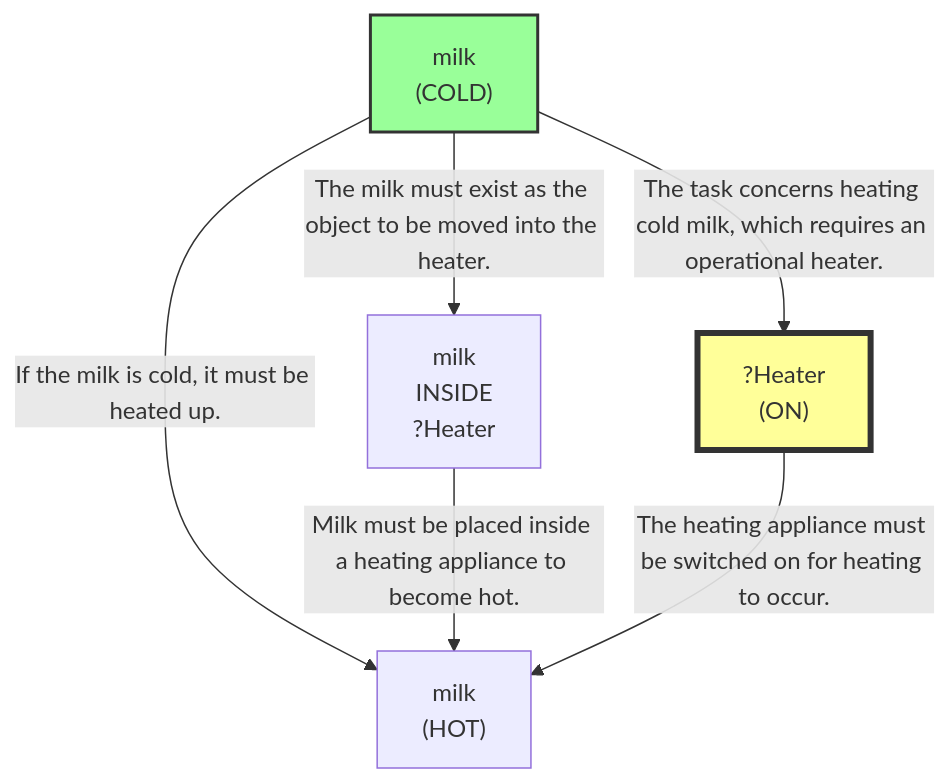
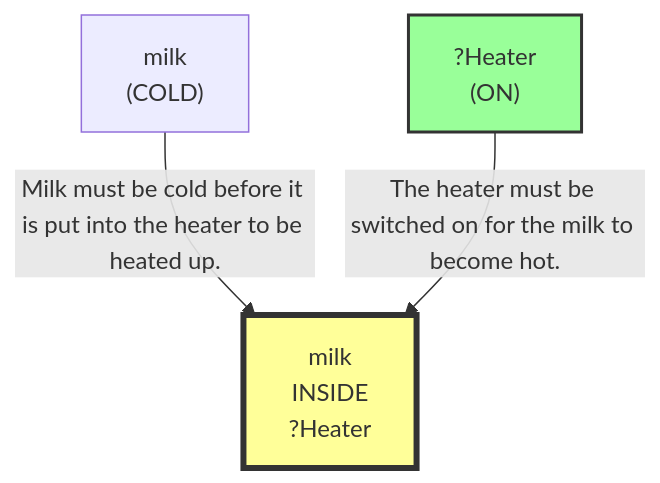
The fourth of 16 diagrams in evaluation/results/table3/robostate/runs/without_memory/M1_05/run_T3_without_memory_M1_05.md (scuama/virtualhome), drawn with Mermaid before and after one commit. The commit also changed other lines of this file and 507 other files, not shown here.

````diff
--- a/evaluation/results/table3/robostate/runs/without_memory/M1_05/run_T3_without_memory_M1_05.md
+++ b/evaluation/results/table3/robostate/runs/without_memory/M1_05/run_T3_without_memory_M1_05.md
@@ -298,14 +300,10 @@
 ```mermaid
 graph TD
     N1["milk<br>(COLD)"]
-    style N1 fill:#9f9,stroke:#333,stroke-width:2px
-    N2["milk<br>(HOT)"]
-    N3["milk<br>INSIDE<br>?Heater"]
-    N4["?Heater<br>(ON)"]
-    style N4 fill:#ff9,stroke:#333,stroke-width:4px
-    N1 -->|"If the milk is cold, it must be heated up."| N2
-    N3 -->|"Milk must be placed inside a heating appliance to become hot."| N2
-    N4 -->|"The heating appliance must be switched on for heating to occur."| N2
-    N1 -->|"The milk must exist as the object to be moved into the heater."| N3
-    N1 -->|"The task concerns heating cold milk, which requires an operational heater."| N4
+    N2["milk<br>INSIDE<br>?Heater"]
+    style N2 fill:#ff9,stroke:#333,stroke-width:4px
+    N3["?Heater<br>(ON)"]
+    style N3 fill:#9f9,stroke:#333,stroke-width:2px
+    N1 -->|"Milk must be cold before it is put into the heater to be heated up."| N2
+    N3 -->|"The heater must be switched on for the milk to become hot."| N2
 ```
````
